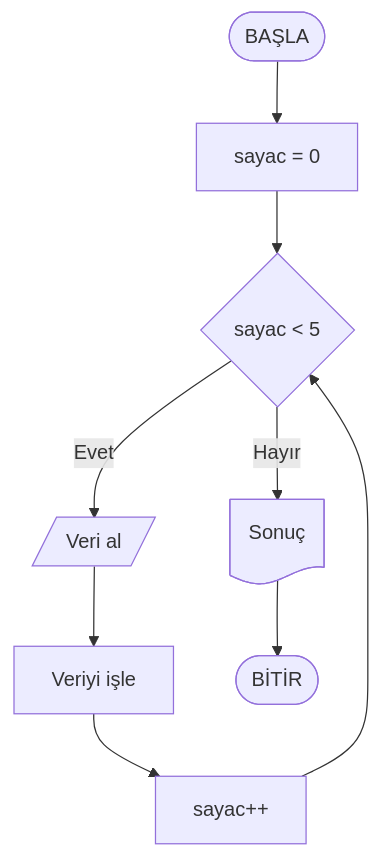
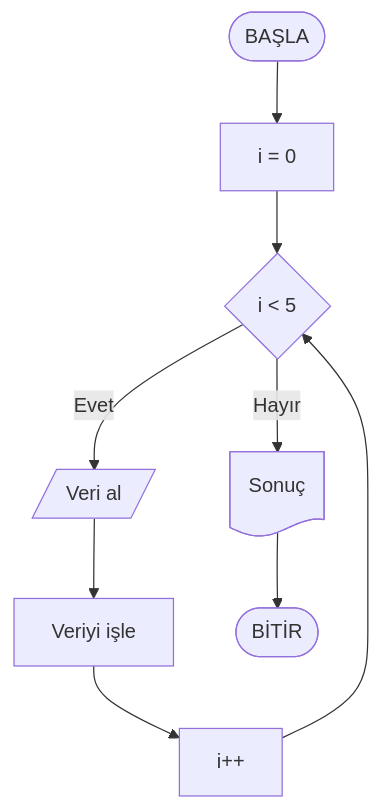
One commit to ibrahimayaz/Algoritma-ve-Programlamaya-Giris-2025 changed the fourth of 6 diagrams in Hafta03/ders_icerik.md. Above: the diagram before and after it, drawn with Mermaid. The commit also changed other lines of this file, not shown here.

Commit message:
Hafta02 guncellendi

````diff
--- a/Hafta03/ders_icerik.md
+++ b/Hafta03/ders_icerik.md
@@ -417,7 +417,7 @@
 ```mermaid
 flowchart TD
-  start([BAŞLA]) --> init[sayac = 0]
-  init --> loop{sayac < 5}
-  loop -- Evet --> in[/Veri al/] --> proc[Veriyi işle] --> inc[sayac++] --> loop
+  start([BAŞLA]) --> init[i = 0]
+  init --> loop{i < 5}
+  loop -- Evet --> in[/Veri al/] --> proc[Veriyi işle] --> inc[i++] --> loop
   loop -- Hayır --> show@{ shape: doc, label: "Sonuç" } --> endNode([BİTİR])
 ```
````
